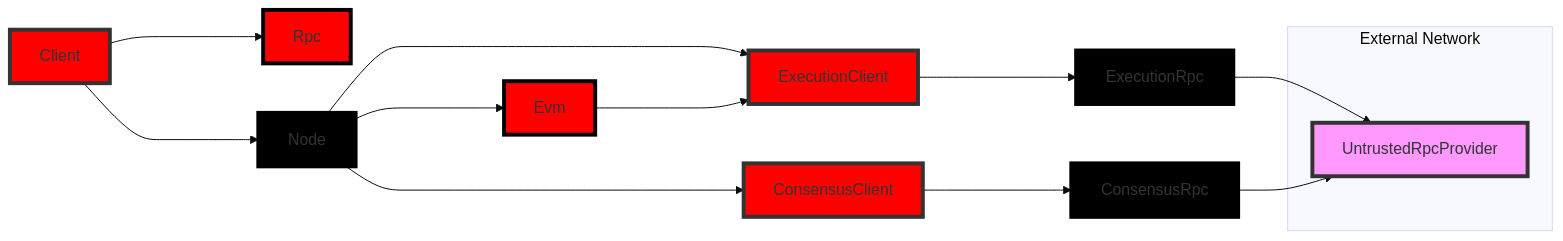
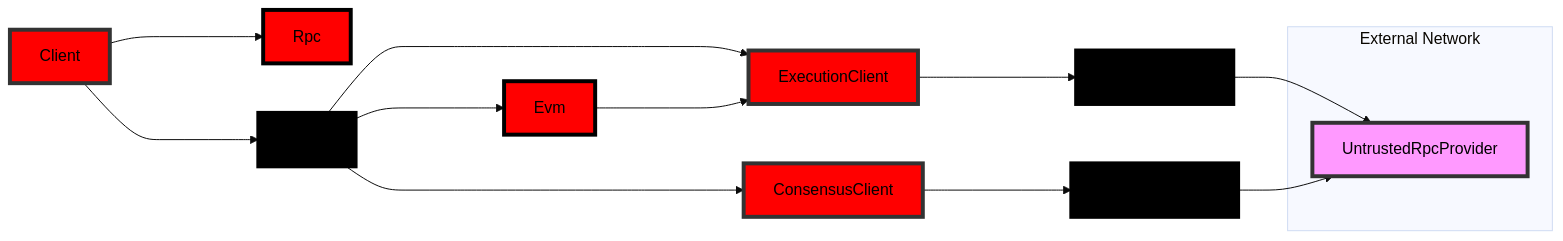
One commit to a16z/helios changed the diagram in README.md. Above: the diagram before and after it, drawn with Mermaid (base theme).

Commit message:
coloring letters black

````diff
--- a/README.md
+++ b/README.md
@@ -150,43 +150,43 @@
 ```mermaid
 graph LR
 
 Client ----> Rpc
 Client ----> Node
 Node ----> ConsensusClient
 Node ----> ExecutionClient
 ExecutionClient ----> ExecutionRpc
 ConsensusClient ----> ConsensusRpc
 Node ----> Evm
 Evm ----> ExecutionClient
 
-classDef node fill:#f9f,stroke:#333,stroke-width:4px;
+classDef node fill:#f9f,stroke:#333,stroke-width:4px, color:black;
 class Node,Client node
 classDef execution fill:#f0f,stroke:#333,stroke-width:4px;
 class ExecutionClient,ExecutionRpc execution
 classDef consensus fill:#ff0,stroke:#333,stroke-width:4px;
 class ConsensusClient,ConsensusRpc consensus
 classDef evm fill:#0ff,stroke:#333,stroke-width:4px;
 class Evm evm
 classDef provider fill:#012
 class UntrustedRpcProvider, provider
 classDef rpc fill:#e10
 class Rpc rpc
 
 
 subgraph "External Network"
 UntrustedRpcProvider
 end
 
 
 ExecutionRpc --> UntrustedRpcProvider
 ConsensusRpc --> UntrustedRpcProvider
 
 style Client fill:#f00,stroke:#333,stroke-width:4px;
 style Node fill:#000,stroke:#000,stroke-width:4px;
 style ExecutionClient fill:#f00,stroke:#333,stroke-width:4px;
 style ExecutionRpc fill:#000,stroke:#000,stroke-width:4px;
 style ConsensusClient fill:#f00,stroke:#333,stroke-width:4px;
 style ConsensusRpc fill:#000,stroke:#000,stroke-width:4px;
 style Evm fill:#f00,stroke:#000,stroke-width:4px;
 style Rpc fill:#f00,stroke:#000,stroke-width:4px;
 ```
````
